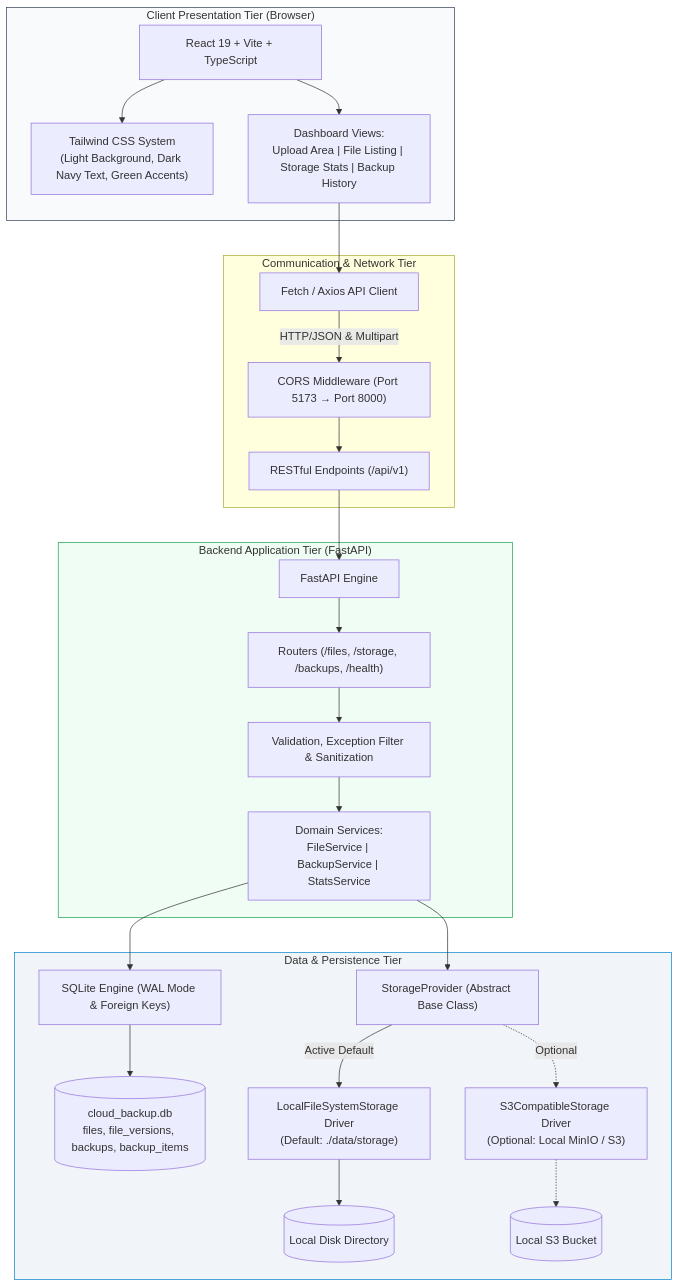
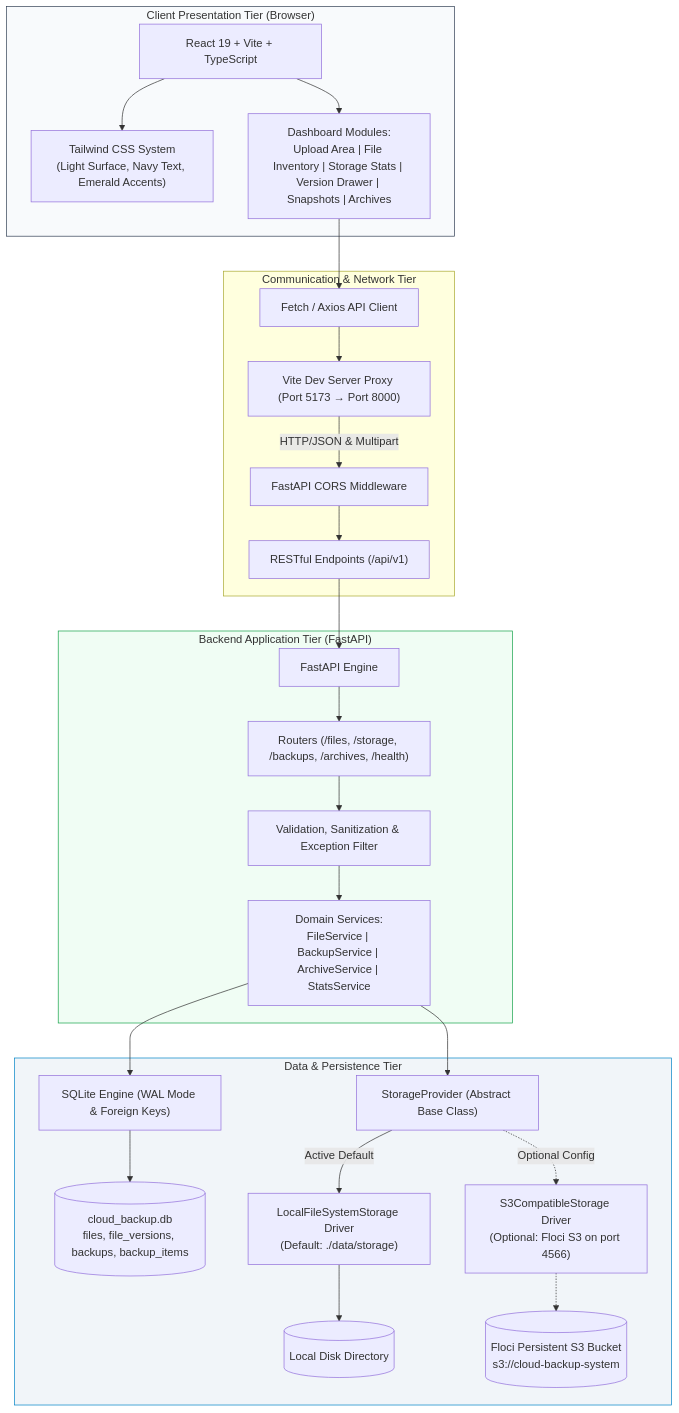
Before and after one commit to LakshayYadav167/Cloud-backup-system: the diagram in README.md, drawn with Mermaid. The commit also changed other lines of this file and 4 other files, not shown here.

````diff
--- a/README.md
+++ b/README.md
@@ -39,56 +91,58 @@
 ```mermaid
 graph TB
     subgraph Client_Tier["Client Presentation Tier (Browser)"]
         UI["React 19 + Vite + TypeScript"]
-        Tailwind["Tailwind CSS System<br/>(Light Background, Dark Navy Text, Green Accents)"]
-        Dashboard["Dashboard Views:<br/>Upload Area | File Listing | Storage Stats | Backup History"]
+        Tailwind["Tailwind CSS System<br/>(Light Surface, Navy Text, Emerald Accents)"]
+        Dashboard["Dashboard Modules:<br/>Upload Area | File Inventory | Storage Stats | Version Drawer | Snapshots | Archives"]
         UI --> Tailwind
         UI --> Dashboard
     end
 
     subgraph API_Gateway["Communication & Network Tier"]
         HTTP_Client["Fetch / Axios API Client"]
-        CORS["CORS Middleware (Port 5173 &rarr; Port 8000)"]
+        Proxy["Vite Dev Server Proxy (Port 5173 &rarr; Port 8000)"]
+        CORS["FastAPI CORS Middleware"]
         REST["RESTful Endpoints (/api/v1)"]
         Dashboard --> HTTP_Client
-        HTTP_Client -->|HTTP/JSON & Multipart| CORS
+        HTTP_Client --> Proxy
+        Proxy -->|HTTP/JSON & Multipart| CORS
         CORS --> REST
     end
 
     subgraph Backend_Tier["Backend Application Tier (FastAPI)"]
         App["FastAPI Engine"]
-        Routers["Routers (/files, /storage, /backups, /health)"]
-        Services["Domain Services:<br/>FileService | BackupService | StatsService"]
-        Security["Validation, Exception Filter & Sanitization"]
+        Routers["Routers (/files, /storage, /backups, /archives, /health)"]
+        Services["Domain Services:<br/>FileService | BackupService | ArchiveService | StatsService"]
+        Security["Validation, Sanitization & Exception Filter"]
         
         REST --> App
         App --> Routers
         Routers --> Security
         Security --> Services
     end
 
     subgraph Storage_Tier["Data & Persistence Tier"]
         DB_Interface["SQLite Engine (WAL Mode & Foreign Keys)"]
         SQLite_File[("cloud_backup.db<br/>files, file_versions, backups, backup_items")]
         
         Storage_ABC["StorageProvider (Abstract Base Class)"]
         Local_Driver["LocalFileSystemStorage Driver<br/>(Default: ./data/storage)"]
-        S3_Driver["S3CompatibleStorage Driver<br/>(Optional: Local MinIO / S3)"]
+        S3_Driver["S3CompatibleStorage Driver<br/>(Optional: Floci S3 on port 4566)"]
         
         FS_Storage[("Local Disk Directory")]
-        S3_Storage[("Local S3 Bucket")]
+        S3_Storage[("Floci Persistent S3 Bucket<br/>s3://cloud-backup-system")]
         
         Services --> DB_Interface
         DB_Interface --> SQLite_File
         
         Services --> Storage_ABC
         Storage_ABC -->|Active Default| Local_Driver
-        Storage_ABC -.->|Optional| S3_Driver
+        Storage_ABC -.->|Optional Config| S3_Driver
         Local_Driver --> FS_Storage
         S3_Driver -.-> S3_Storage
     end
 
     style Client_Tier fill:#f8fafc,stroke:#334155,stroke-width:1px
     style Backend_Tier fill:#f0fdf4,stroke:#16a34a,stroke-width:1px
     style Storage_Tier fill:#f1f5f9,stroke:#0284c7,stroke-width:1px
 ```
````
